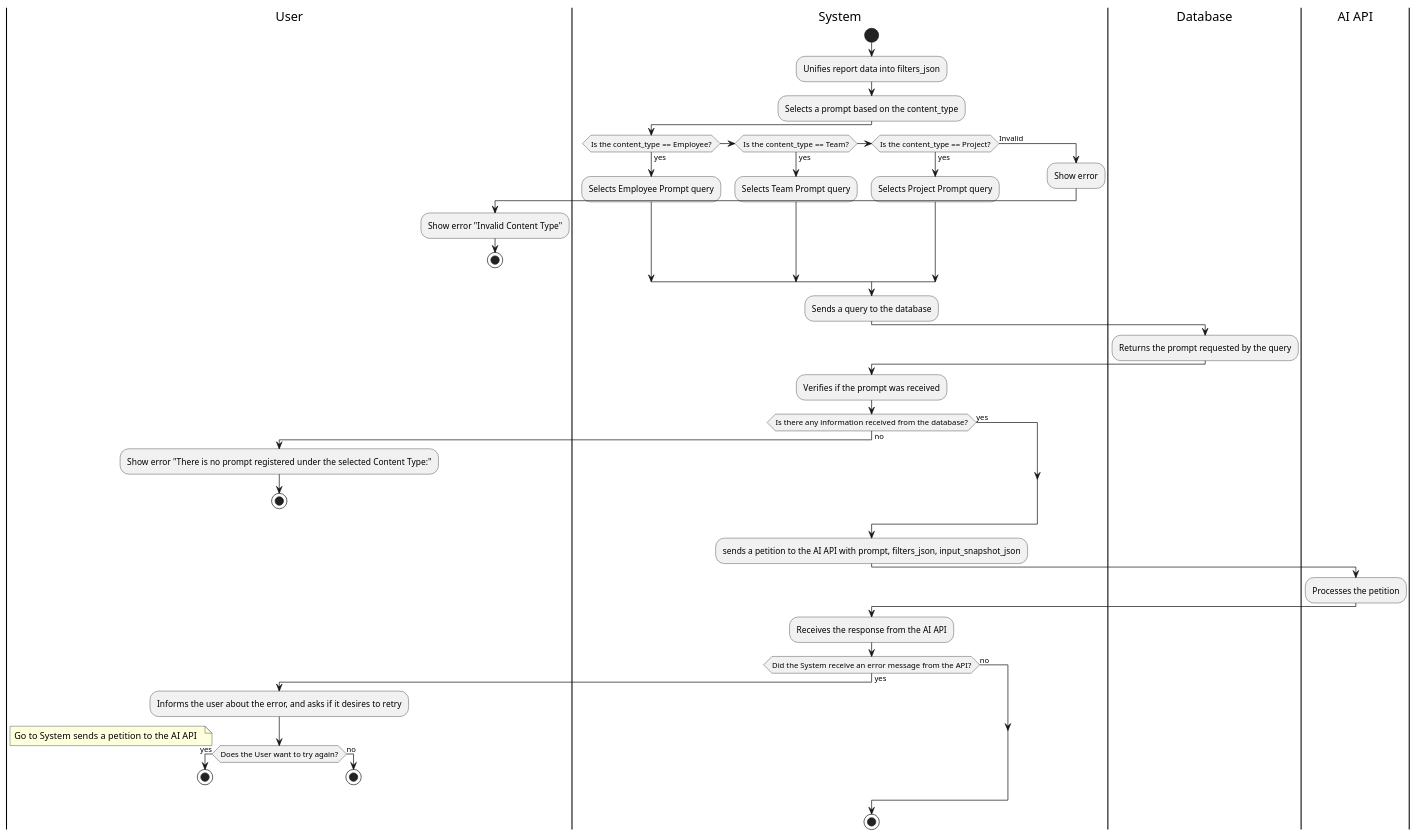
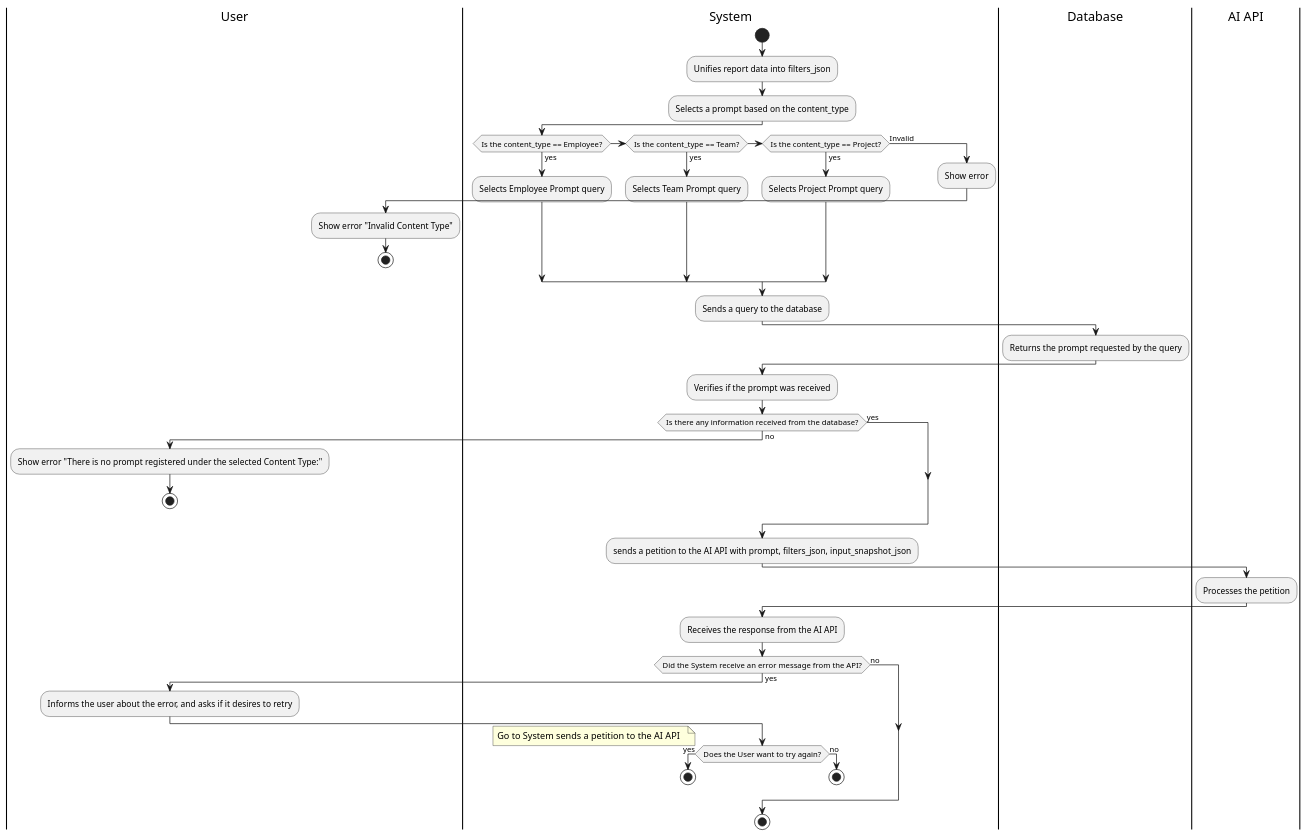
The diagram in documentation/activity_diagrams/REP-01-02-ActivityDiagram.puml (Berthou05/LimboSoftwareDevelopment_Change.org), drawn with PlantUML before and after one commit. The commit also changed 3 other files, not shown here.

Commit message:
[DOCS] Correction of Activity Diagrams

```diff
--- a/documentation/activity_diagrams/REP-01-02-ActivityDiagram.puml
+++ b/documentation/activity_diagrams/REP-01-02-ActivityDiagram.puml
@@ -1,60 +1,61 @@
 @startuml
 |User|
 |System|
 START
 :Unifies report data into filters_json;
 :Selects a prompt based on the content_type;
 
 if (Is the content_type == Employee?) is (yes) then
 :Selects Employee Prompt query;
     else if (Is the content_type == Team?) is (yes) then
         :Selects Team Prompt query;
         else if (Is the content_type == Project?) is (yes) then
         :Selects Project Prompt query;
     else(Invalid)
     :Show error;
     |User|
     :Show error "Invalid Content Type";
     stop
 endif
 
 |System|
 :Sends a query to the database;
 |Database|
 :Returns the prompt requested by the query;
 
 |System|
 :Verifies if the prompt was received;
 if(Is there any information received from the database?) is (no) then
   |User|
   :Show error "There is no prompt registered under the selected Content Type:";
   stop
   |System|
 else(yes)
 endif
 
 label step15
 :sends a petition to the AI API with prompt, filters_json, input_snapshot_json;
 |AI API|
 :Processes the petition;
 |System|
 :Receives the response from the AI API;
 if(Did the System receive an error message from the API?) is (yes) then
   |User|
   :Informs the user about the error, and asks if it desires to retry;
+  |System|
   if(Does the User want to try again?) is (yes) then
   note left
     Go to System sends a petition to the AI API  
   end note
   stop
   
   else(no)
   stop
   endif
   |System|
 else(no)
 endif
 stop
 
 
 @enduml
```
